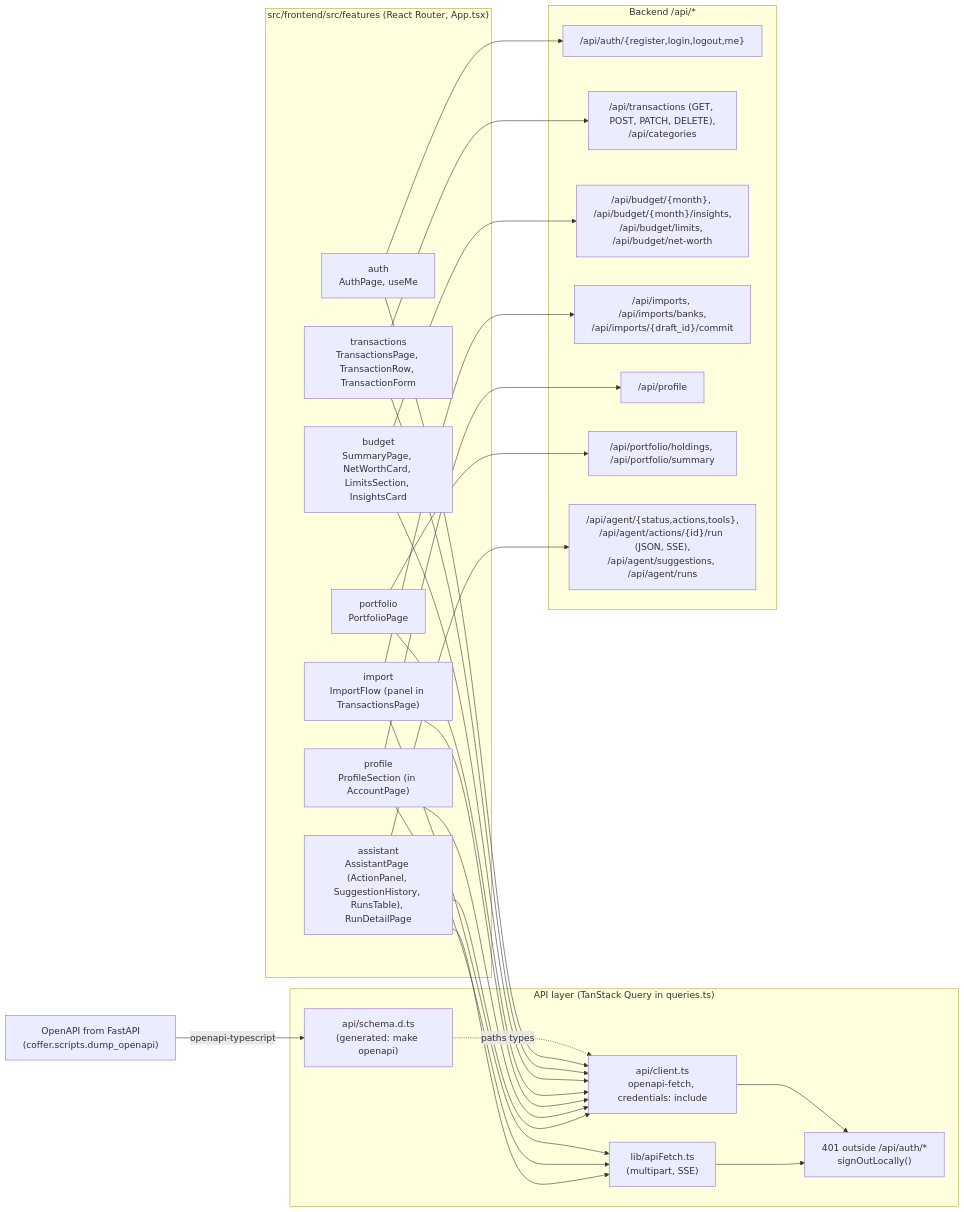
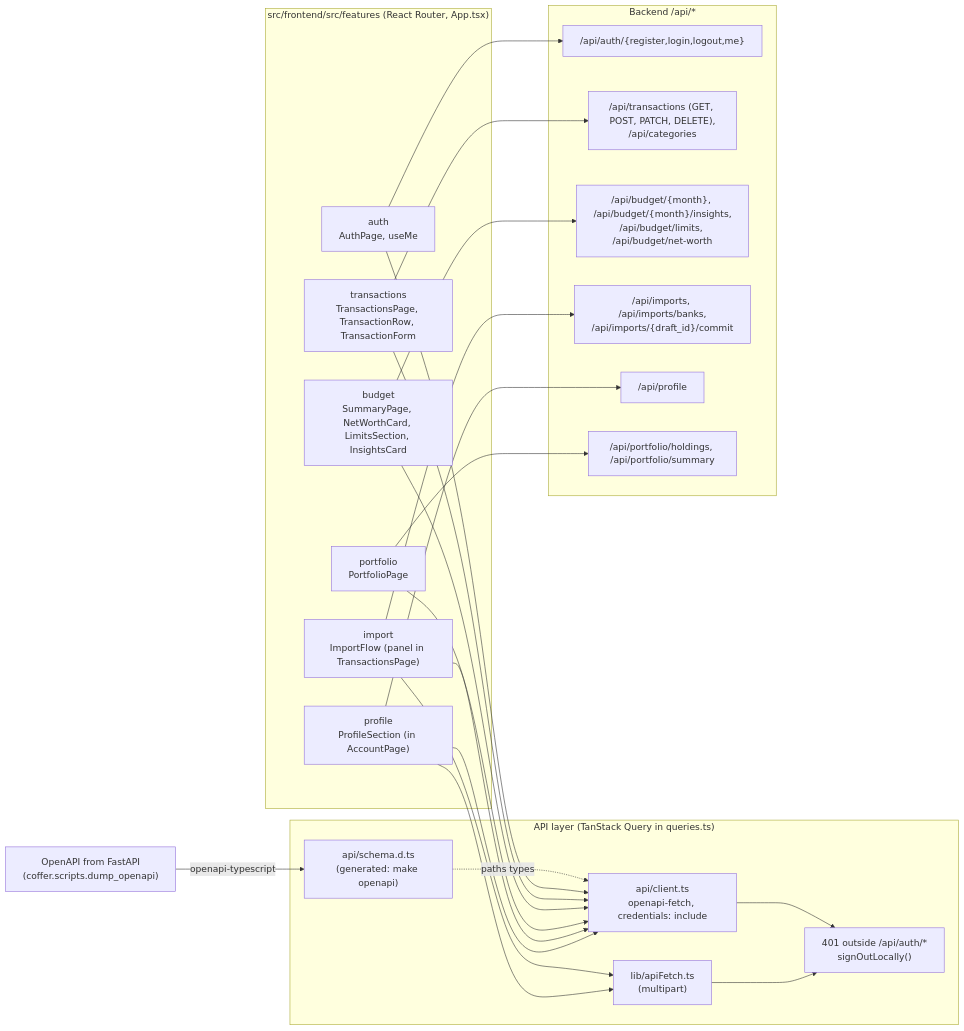
The fourth of 5 diagrams in docs/architecture.md (krzysztof-wojtowicz/coffer-demo), drawn with Mermaid before and after one commit. The commit also changed other lines of this file and 286 other files, not shown here.

````diff
--- a/docs/architecture.md
+++ b/docs/architecture.md
@@ -186,51 +154,46 @@
 ```mermaid
 flowchart LR
     subgraph pages["src/frontend/src/features (React Router, App.tsx)"]
         auth["auth<br/>AuthPage, useMe"]
         tx["transactions<br/>TransactionsPage, TransactionRow, TransactionForm"]
         bud["budget<br/>SummaryPage, NetWorthCard, LimitsSection, InsightsCard"]
         imp["import<br/>ImportFlow (panel in TransactionsPage)"]
         prof["profile<br/>ProfileSection (in AccountPage)"]
         port["portfolio<br/>PortfolioPage"]
-        asst["assistant<br/>AssistantPage (ActionPanel, SuggestionHistory, RunsTable), RunDetailPage"]
     end
 
     subgraph apilayer["API layer (TanStack Query in queries.ts)"]
         client["api/client.ts<br/>openapi-fetch, credentials: include"]
         schema["api/schema.d.ts<br/>(generated: make openapi)"]
-        rawfetch["lib/apiFetch.ts<br/>(multipart, SSE)"]
+        rawfetch["lib/apiFetch.ts<br/>(multipart)"]
         guard["401 outside /api/auth/*<br/>signOutLocally()"]
     end
 
     openapi["OpenAPI from FastAPI<br/>(coffer.scripts.dump_openapi)"]
 
     subgraph endpoints["Backend /api/*"]
         e_auth["/api/auth/{register,login,logout,me}"]
         e_tx["/api/transactions (GET, POST, PATCH, DELETE),<br/>/api/categories"]
         e_bud["/api/budget/{month}, /api/budget/{month}/insights,<br/>/api/budget/limits, /api/budget/net-worth"]
         e_imp["/api/imports, /api/imports/banks,<br/>/api/imports/{draft_id}/commit"]
         e_prof["/api/profile"]
         e_port["/api/portfolio/holdings, /api/portfolio/summary"]
-        e_agent["/api/agent/{status,actions,tools},<br/>/api/agent/actions/{id}/run (JSON, SSE),<br/>/api/agent/suggestions, /api/agent/runs"]
     end
 
     openapi -->|"openapi-typescript"| schema
     schema -.->|"paths types"| client
     auth & tx & bud & port --> client
     imp --> client
     imp --> rawfetch
     prof --> client
     prof --> rawfetch
-    asst --> client
-    asst --> rawfetch
     client --> guard
     rawfetch --> guard
 
     auth --> e_auth
     tx --> e_tx
     bud --> e_bud
     imp --> e_imp
     prof --> e_prof
     port --> e_port
-    asst --> e_agent
 ```
````
